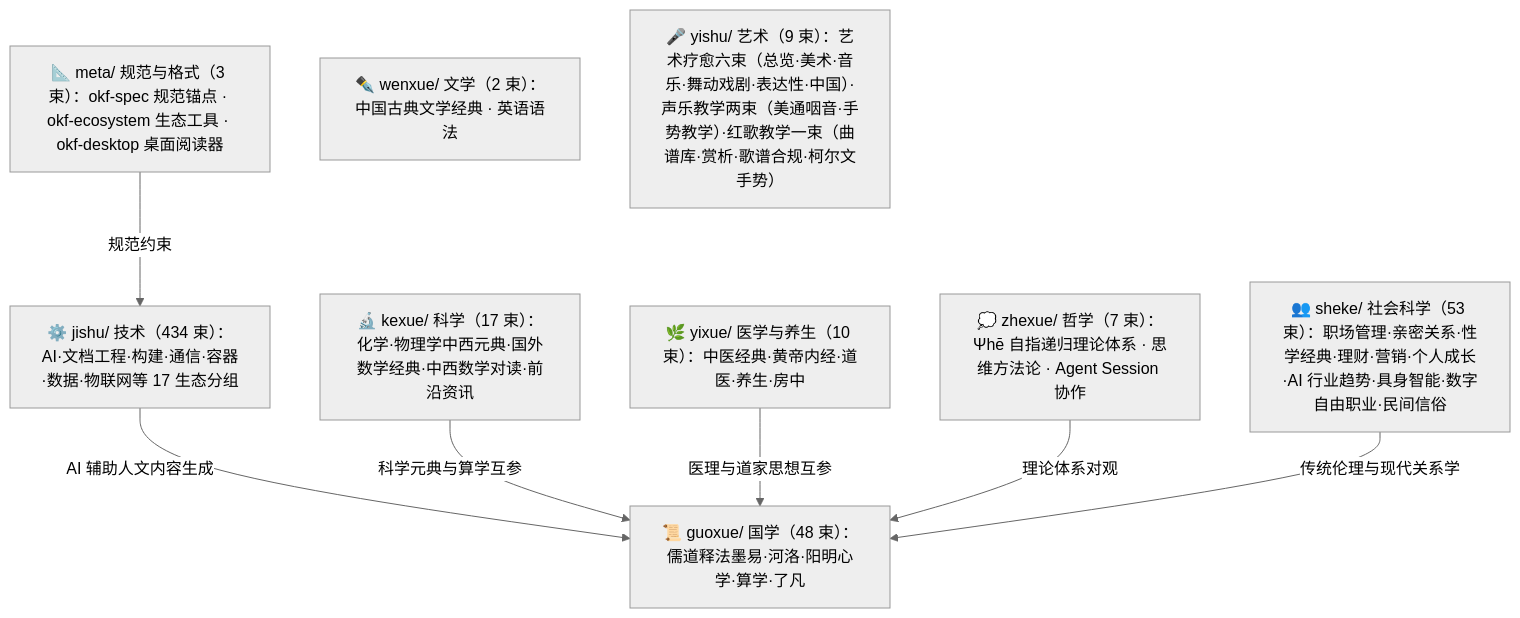
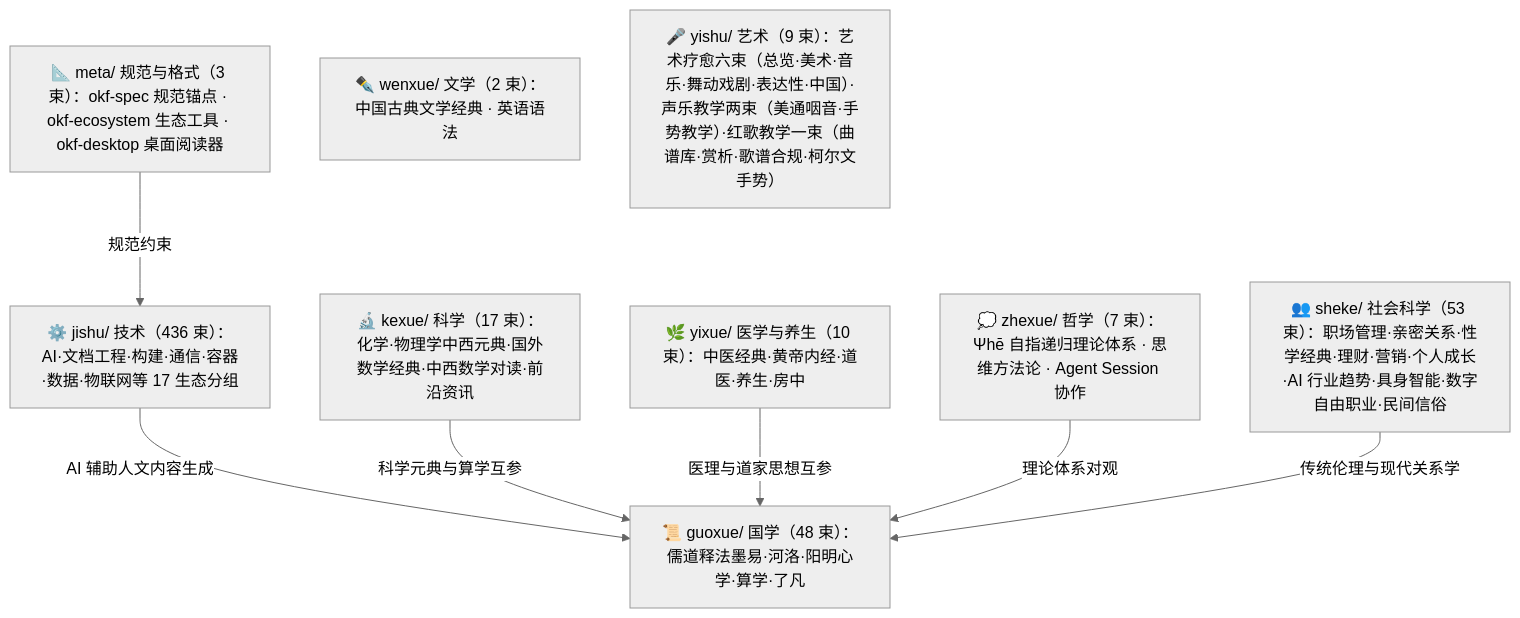
Before and after one commit to awesome-flexloop/awesome-okf: the diagram in doc/bundles/index.md, drawn with Mermaid (neutral theme). The commit also changed other lines of this file and 3 other files, not shown here.

````diff
--- a/doc/bundles/index.md
+++ b/doc/bundles/index.md
@@ -21,18 +21,18 @@
 ```mermaid
 flowchart TD
     meta["📐 meta/ 规范与格式（3 束）：okf-spec 规范锚点 · okf-ecosystem 生态工具 · okf-desktop 桌面阅读器"]
     guoxue["📜 guoxue/ 国学（48 束）：儒道释法墨易·河洛·阳明心学·算学·了凡"]
     zhexue["💭 zhexue/ 哲学（7 束）：Ψhē 自指递归理论体系 · 思维方法论 · Agent Session 协作"]
     kexue["🔬 kexue/ 科学（17 束）：化学·物理学中西元典·国外数学经典·中西数学对读·前沿资讯"]
     wenxue["✒️ wenxue/ 文学（2 束）：中国古典文学经典 · 英语语法"]
     yixue["🌿 yixue/ 医学与养生（10 束）：中医经典·黄帝内经·道医·养生·房中"]
     sheke["👥 sheke/ 社会科学（53 束）：职场管理·亲密关系·性学经典·理财·营销·个人成长·AI 行业趋势·具身智能·数字自由职业·民间信俗"]
     yishu["🎤 yishu/ 艺术（9 束）：艺术疗愈六束（总览·美术·音乐·舞动戏剧·表达性·中国）·声乐教学两束（美通咽音·手势教学）·红歌教学一束（曲谱库·赏析·歌谱合规·柯尔文手势）"]
-    jishu["⚙️ jishu/ 技术（434 束）：AI·文档工程·构建·通信·容器·数据·物联网等 17 生态分组"]
+    jishu["⚙️ jishu/ 技术（436 束）：AI·文档工程·构建·通信·容器·数据·物联网等 17 生态分组"]
     meta -->|"规范约束"| jishu
     jishu -->|"AI 辅助人文内容生成"| guoxue
     kexue -->|"科学元典与算学互参"| guoxue
     yixue -->|"医理与道家思想互参"| guoxue
     zhexue -->|"理论体系对观"| guoxue
     sheke -->|"传统伦理与现代关系学"| guoxue
 ```
````
